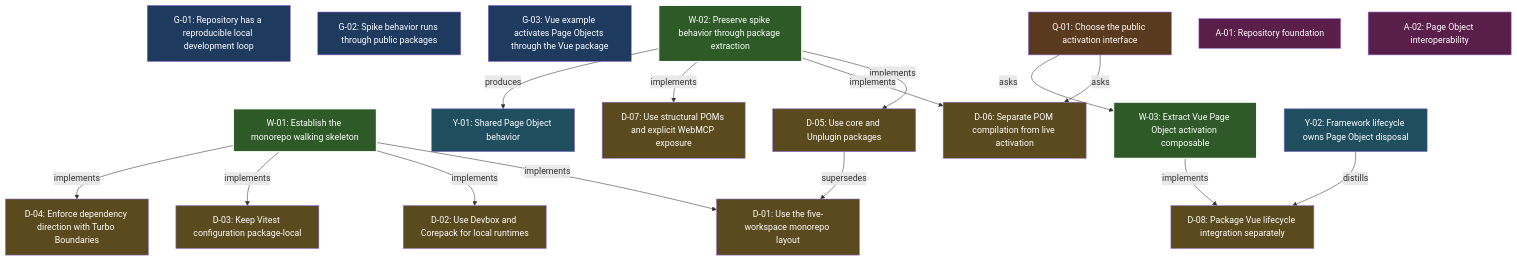
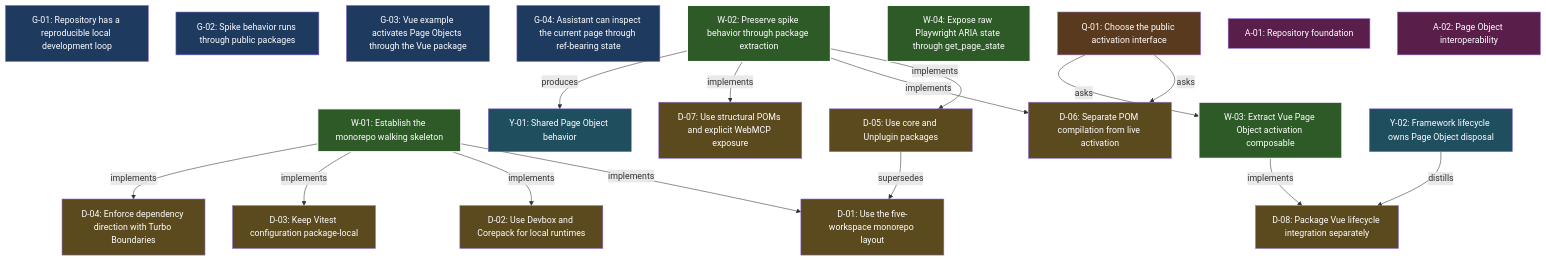
Before and after one commit to ayme-labs/ayme-webmcp: the diagram in .grove/index.md, drawn with Mermaid. The commit also changed other lines of this file and 12 other files, not shown here.

Commit message:
feat: expose raw Playwright page state

````diff
--- a/.grove/index.md
+++ b/.grove/index.md
@@ -65,49 +67,51 @@
 ```mermaid
 graph TD
   G_01["G-01: Repository has a reproducible local development loop"]:::goal
   G_02["G-02: Spike behavior runs through public packages"]:::goal
   G_03["G-03: Vue example activates Page Objects through the Vue package"]:::goal
+  G_04["G-04: Assistant can inspect the current page through ref-bearing state"]:::goal
   W_01["W-01: Establish the monorepo walking skeleton"]:::done
   W_02["W-02: Preserve spike behavior through package extraction"]:::done
   W_03["W-03: Extract Vue Page Object activation composable"]:::done
+  W_04["W-04: Expose raw Playwright ARIA state through get_page_state"]:::done
   D_01["D-01: Use the five-workspace monorepo layout"]:::decision
   D_02["D-02: Use Devbox and Corepack for local runtimes"]:::decision
   D_03["D-03: Keep Vitest configuration package-local"]:::decision
   D_04["D-04: Enforce dependency direction with Turbo Boundaries"]:::decision
   D_05["D-05: Use core and Unplugin packages"]:::decision
   D_06["D-06: Separate POM compilation from live activation"]:::decision
   D_07["D-07: Use structural POMs and explicit WebMCP exposure"]:::decision
   D_08["D-08: Package Vue lifecycle integration separately"]:::decision
   Q_01["Q-01: Choose the public activation interface"]:::question
   Y_01["Y-01: Shared Page Object behavior"]:::discovery
   Y_02["Y-02: Framework lifecycle owns Page Object disposal"]:::discovery
   A_01["A-01: Repository foundation"]:::area
   A_02["A-02: Page Object interoperability"]:::area
   D_05 -->|supersedes| D_01
   Q_01 -->|asks| D_06
   Q_01 -->|asks| W_03
   W_01 -->|implements| D_01
   W_01 -->|implements| D_02
   W_01 -->|implements| D_03
   W_01 -->|implements| D_04
   W_02 -->|implements| D_05
   W_02 -->|implements| D_06
   W_02 -->|implements| D_07
   W_02 -->|produces| Y_01
   W_03 -->|implements| D_08
   Y_02 -->|distills| D_08
 classDef area fill:#5a1e4a,color:#fff
 classDef goal fill:#1e3a5f,color:#fff
 classDef theme fill:#2a4a3a,color:#fff
 classDef decision fill:#5a4a1e,color:#fff
 classDef question fill:#5a3a1e,color:#fff
 classDef assumption fill:#4a2d5a,color:#fff
 classDef spike fill:#3a3a5a,color:#fff
 classDef feature fill:#1e4a4a,color:#fff
 classDef ready fill:#2d5a27,color:#fff
 classDef progress fill:#3a4a6a,color:#fff,stroke:#fff,stroke-width:2px
 classDef done fill:#2d5a27,color:#fff,stroke:#fff,stroke-width:2px
 classDef rejected fill:#5a5a5a,color:#fff
 classDef discovery fill:#1f4e5f,color:#fff
 classDef critical stroke:#ff0,stroke-width:3px
 ```
````
